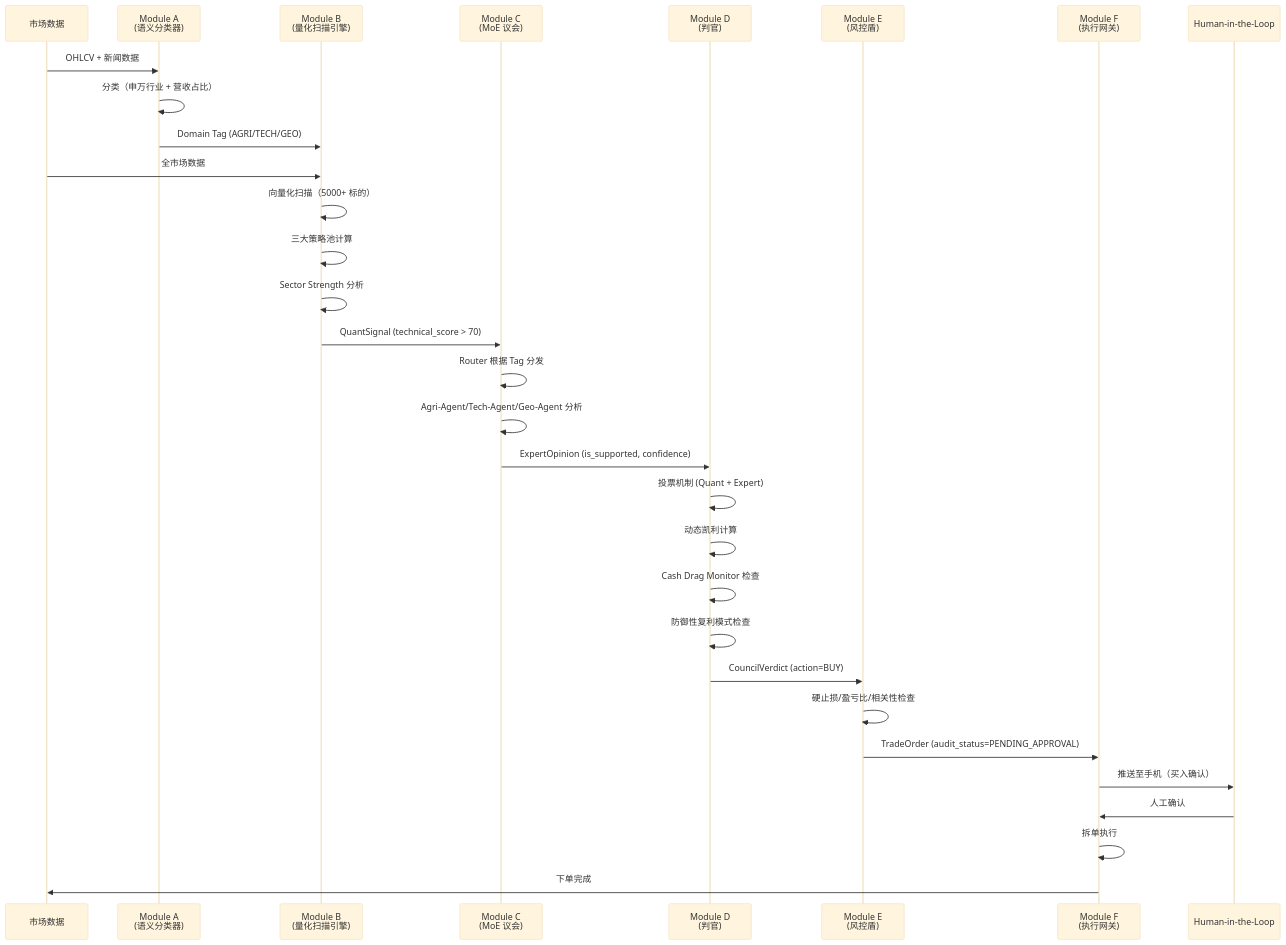
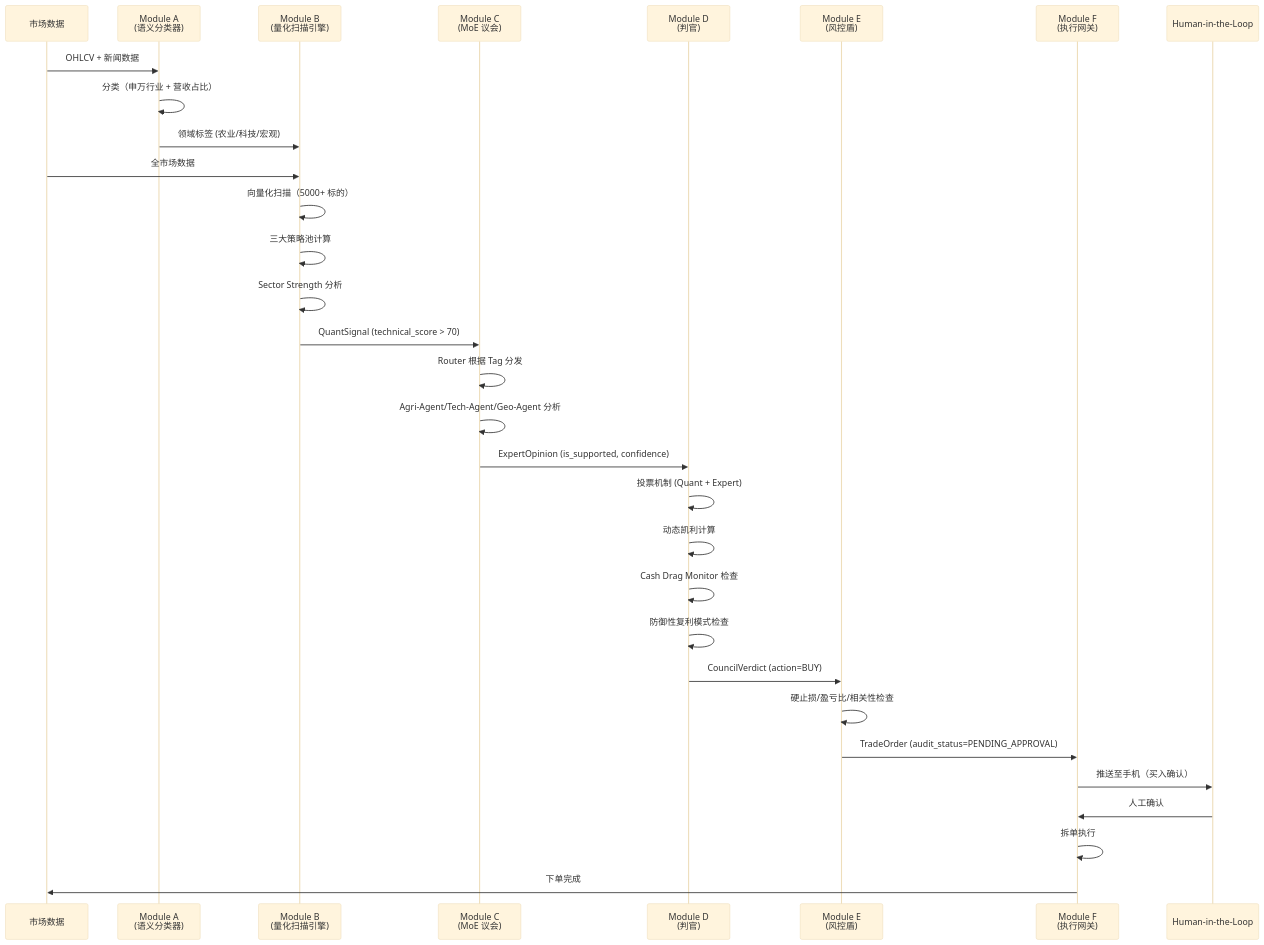
Before and after one commit to myxxhui/diting-doc: the fifth of 8 diagrams in 00_架构全景图.md, drawn with Mermaid (base theme). The commit also changed other lines of this file and 71 other files, not shown here.

````diff
--- a/00_架构全景图.md
+++ b/00_架构全景图.md
@@ -341,34 +341,34 @@
 ```mermaid
 sequenceDiagram
     participant Market as 市场数据
     participant A as Module A<br/>(语义分类器)
     participant B as Module B<br/>(量化扫描引擎)
     participant C as Module C<br/>(MoE 议会)
     participant D as Module D<br/>(判官)
     participant E as Module E<br/>(风控盾)
     participant F as Module F<br/>(执行网关)
     participant Human as Human-in-the-Loop
     
     Market->>A: OHLCV + 新闻数据
     A->>A: 分类（申万行业 + 营收占比）
-    A->>B: Domain Tag (AGRI/TECH/GEO)
+    A->>B: 领域标签 (农业/科技/宏观)
     Market->>B: 全市场数据
     B->>B: 向量化扫描（5000+ 标的）
     B->>B: 三大策略池计算
     B->>B: Sector Strength 分析
     B->>C: QuantSignal (technical_score > 70)
     C->>C: Router 根据 Tag 分发
     C->>C: Agri-Agent/Tech-Agent/Geo-Agent 分析
     C->>D: ExpertOpinion (is_supported, confidence)
     D->>D: 投票机制 (Quant + Expert)
     D->>D: 动态凯利计算
     D->>D: Cash Drag Monitor 检查
     D->>D: 防御性复利模式检查
     D->>E: CouncilVerdict (action=BUY)
     E->>E: 硬止损/盈亏比/相关性检查
     E->>F: TradeOrder (audit_status=PENDING_APPROVAL)
     F->>Human: 推送至手机（买入确认）
     Human->>F: 人工确认
     F->>F: 拆单执行
     F->>Market: 下单完成
 ```
````
